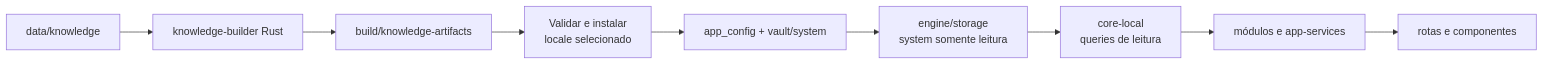
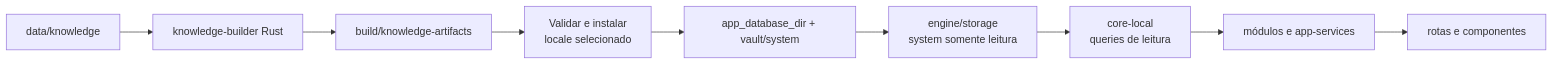
One commit to migmoroni/veterinary-clinic changed the diagram in docs/plans/hub-server/01c-app-system-consumption.md. Above: the diagram before and after it, drawn with Mermaid. The commit also changed other lines of this file and 5 other files, not shown here.

````diff
--- a/docs/plans/hub-server/01c-app-system-consumption.md
+++ b/docs/plans/hub-server/01c-app-system-consumption.md
@@ -52,11 +52,11 @@
 ```mermaid
 flowchart LR
     DATA["data/knowledge"] --> BUILDER["knowledge-builder Rust"]
     BUILDER --> OUTPUT["build/knowledge-artifacts"]
     OUTPUT --> PREPARE["Validar e instalar<br/>locale selecionado"]
-    PREPARE --> ACTIVE["app_config + vault/system"]
+    PREPARE --> ACTIVE["app_database_dir + vault/system"]
     ACTIVE --> ENGINE["engine/storage<br/>system somente leitura"]
     ENGINE --> CORE["core-local<br/>queries de leitura"]
     CORE --> MODULES["módulos e app-services"]
     MODULES --> ROUTES["rotas e componentes"]
 ```
````
